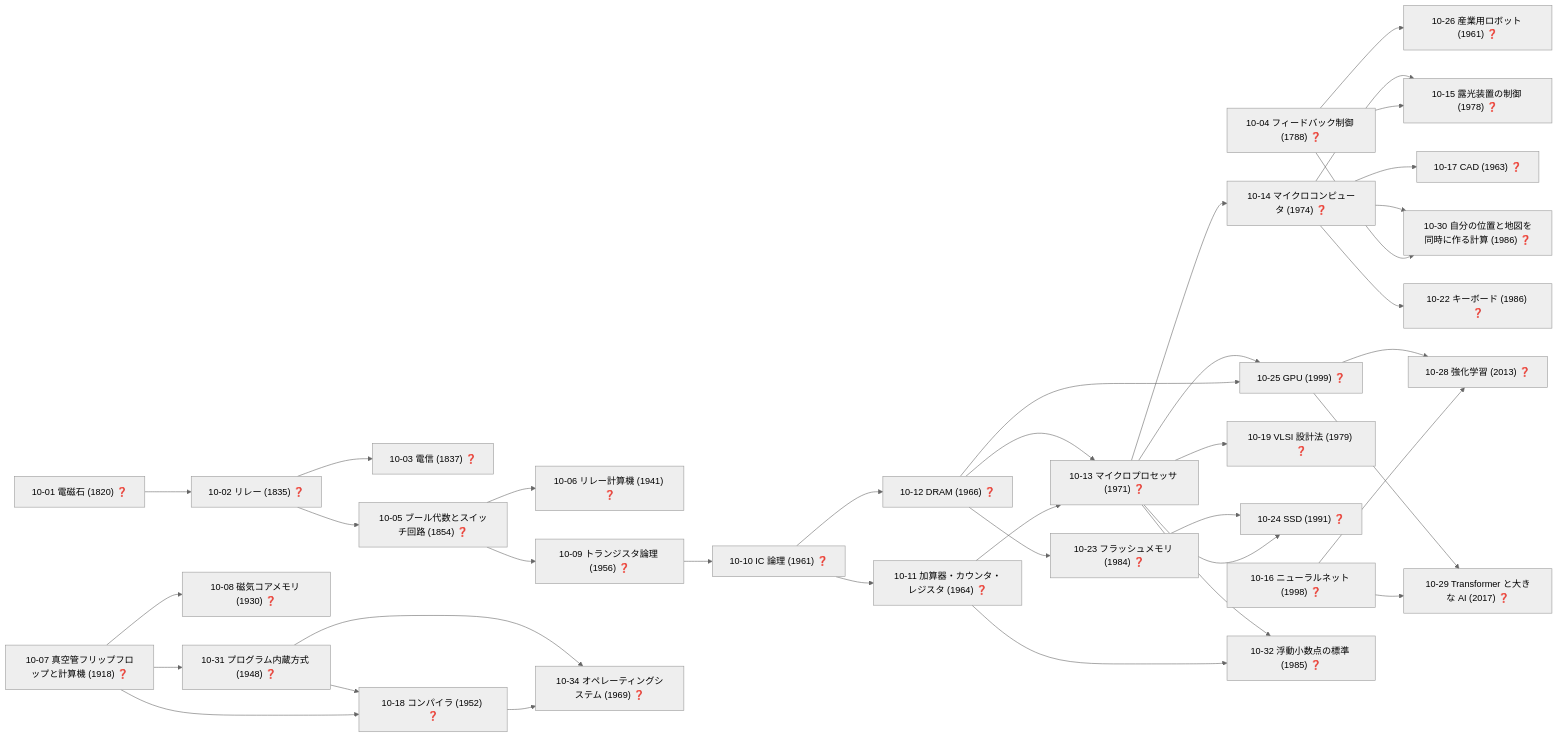
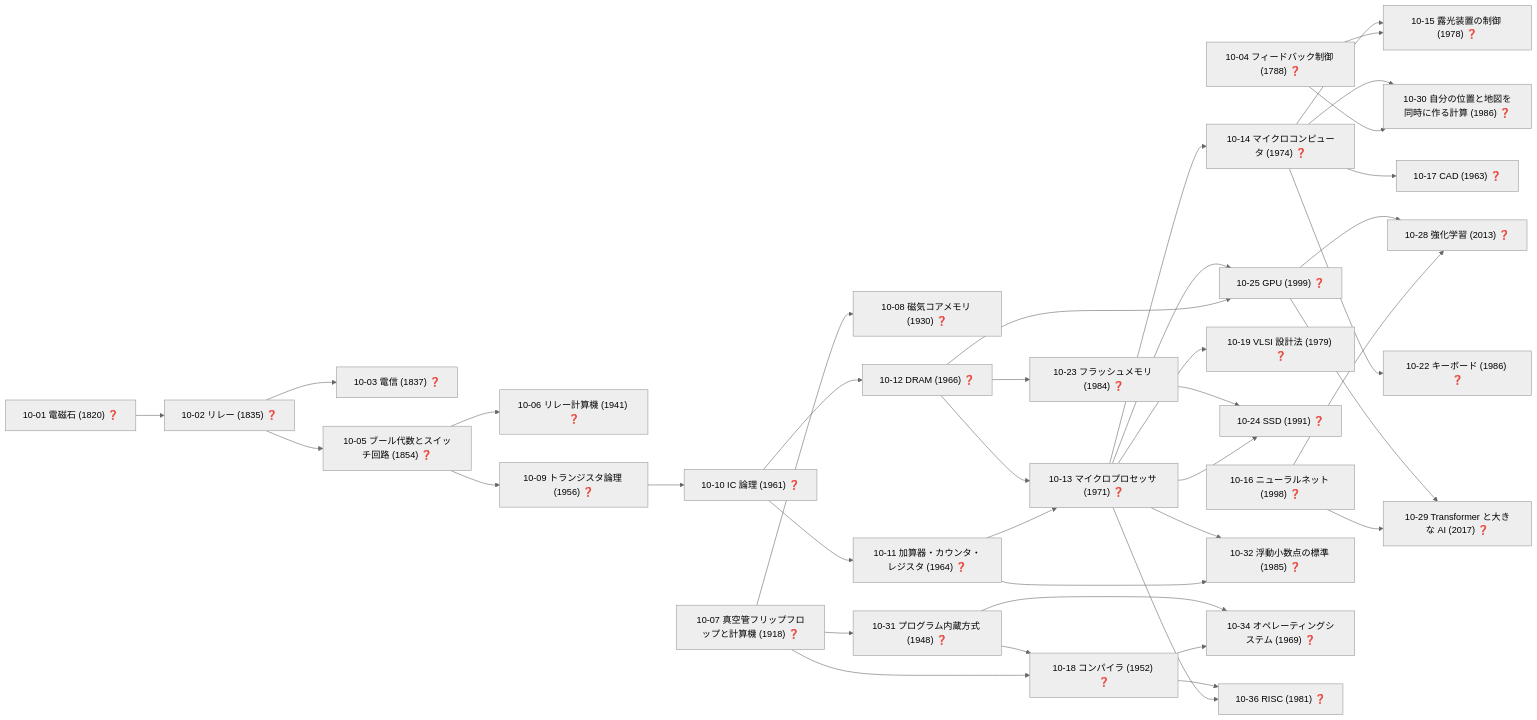
Diagram 13 of 19 in docs/TECH_TREE_VIEW.md (taku3i0317-collab/semiconductor-lab), drawn with Mermaid (neutral theme) before and after one commit. The commit also changed other lines of this file and 6 other files, not shown here.

````diff
--- a/docs/TECH_TREE_VIEW.md
+++ b/docs/TECH_TREE_VIEW.md
@@ -746,69 +746,70 @@
 ```mermaid
 graph LR
   n10_01["10-01 電磁石 (1820) ❓"]
   n10_02["10-02 リレー (1835) ❓"]
   n10_03["10-03 電信 (1837) ❓"]
   n10_04["10-04 フィードバック制御 (1788) ❓"]
   n10_05["10-05 ブール代数とスイッチ回路 (1854) ❓"]
   n10_06["10-06 リレー計算機 (1941) ❓"]
   n10_07["10-07 真空管フリップフロップと計算機 (1918) ❓"]
   n10_08["10-08 磁気コアメモリ (1930) ❓"]
   n10_09["10-09 トランジスタ論理 (1956) ❓"]
   n10_10["10-10 IC 論理 (1961) ❓"]
   n10_11["10-11 加算器・カウンタ・レジスタ (1964) ❓"]
   n10_12["10-12 DRAM (1966) ❓"]
   n10_13["10-13 マイクロプロセッサ (1971) ❓"]
   n10_14["10-14 マイクロコンピュータ (1974) ❓"]
   n10_15["10-15 露光装置の制御 (1978) ❓"]
   n10_16["10-16 ニューラルネット (1998) ❓"]
   n10_17["10-17 CAD (1963) ❓"]
   n10_18["10-18 コンパイラ (1952) ❓"]
   n10_19["10-19 VLSI 設計法 (1979) ❓"]
   n10_22["10-22 キーボード (1986) ❓"]
   n10_23["10-23 フラッシュメモリ (1984) ❓"]
   n10_24["10-24 SSD (1991) ❓"]
   n10_25["10-25 GPU (1999) ❓"]
-  n10_26["10-26 産業用ロボット (1961) ❓"]
   n10_28["10-28 強化学習 (2013) ❓"]
   n10_29["10-29 Transformer と大きな AI (2017) ❓"]
   n10_30["10-30 自分の位置と地図を同時に作る計算 (1986) ❓"]
   n10_31["10-31 プログラム内蔵方式 (1948) ❓"]
   n10_32["10-32 浮動小数点の標準 (1985) ❓"]
   n10_34["10-34 オペレーティングシステム (1969) ❓"]
+  n10_36["10-36 RISC (1981) ❓"]
   n10_01-->n10_02
   n10_02-->n10_03
   n10_02-->n10_05
   n10_05-->n10_06
   n10_07-->n10_08
   n10_05-->n10_09
   n10_09-->n10_10
   n10_10-->n10_11
   n10_10-->n10_12
   n10_11-->n10_13
   n10_12-->n10_13
   n10_13-->n10_14
   n10_04-->n10_15
   n10_14-->n10_15
   n10_14-->n10_17
   n10_07-->n10_18
   n10_31-->n10_18
   n10_13-->n10_19
   n10_14-->n10_22
   n10_12-->n10_23
   n10_13-->n10_24
   n10_23-->n10_24
   n10_12-->n10_25
   n10_13-->n10_25
-  n10_04-->n10_26
   n10_16-->n10_28
   n10_25-->n10_28
   n10_16-->n10_29
   n10_25-->n10_29
   n10_04-->n10_30
   n10_14-->n10_30
   n10_07-->n10_31
   n10_11-->n10_32
   n10_13-->n10_32
   n10_18-->n10_34
   n10_31-->n10_34
+  n10_13-->n10_36
+  n10_18-->n10_36
 ```
````
